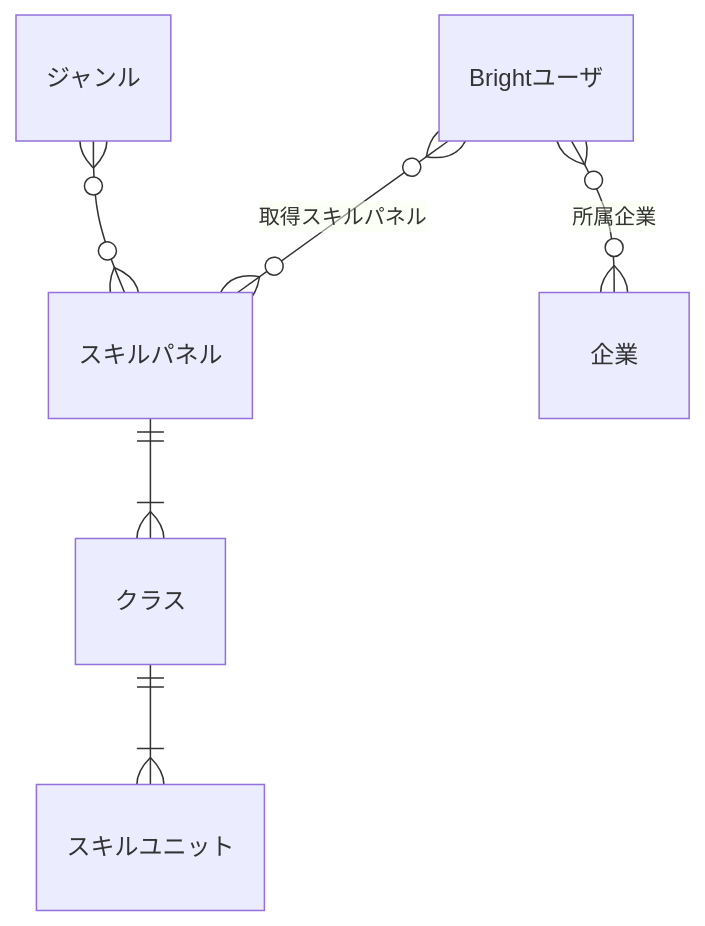
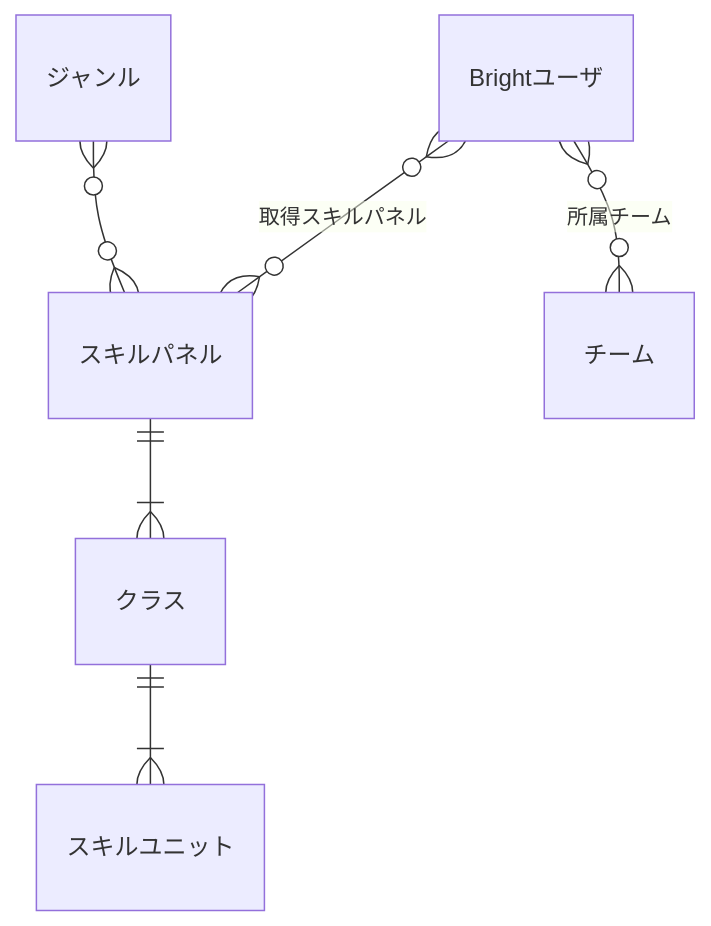
One commit to bright-org/bright changed the diagram in docs/cenceptual_schema.md. Above: the diagram before and after it, drawn with Mermaid.

Commit message:
docs: fix 企業 to チーム

````diff
--- a/docs/cenceptual_schema.md
+++ b/docs/cenceptual_schema.md
@@ -5,8 +5,8 @@
 ```mermaid
 erDiagram
   "Brightユーザ" }o--o{ "スキルパネル" : "取得スキルパネル"
-  "Brightユーザ" }o--o{ "企業" : "所属企業"
+  "Brightユーザ" }o--o{ "チーム" : "所属チーム"
   "スキルパネル" ||--|{ "クラス" : ""
   "クラス" ||--|{ "スキルユニット" : ""
   "ジャンル" }o--o{ "スキルパネル" : ""
 ```
````
